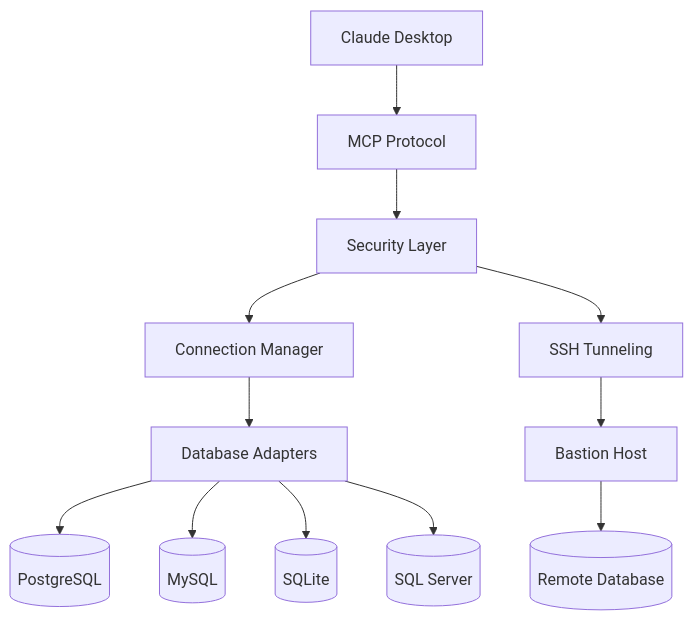
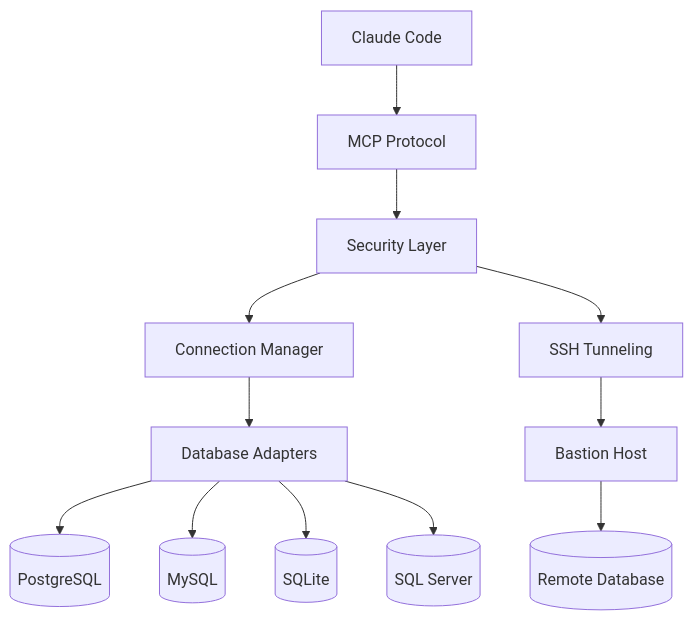
The diagram in README.md (AraneaDev/Argos-MCP), drawn with Mermaid before and after one commit. The commit also changed other lines of this file and 105 other files, not shown here.

First line of the commit message:
feat!: rebrand to Argos-MCP and adopt native Claude Code registration

````diff
--- a/README.md
+++ b/README.md
@@ -80,16 +100,16 @@
 ```mermaid
 graph TB
- Claude[Claude Desktop] --> MCP[MCP Protocol]
+ Claude[Claude Code] --> MCP[MCP Protocol]
  MCP --> Security[Security Layer]
  Security --> Connection[Connection Manager]
  Connection --> Adapters[Database Adapters]
 
  Adapters --> PostgreSQL[(PostgreSQL)]
  Adapters --> MySQL[(MySQL)]
  Adapters --> SQLite[(SQLite)]
  Adapters --> MSSQL[(SQL Server)]
 
  Security --> SSH[SSH Tunneling]
  SSH --> Bastion[Bastion Host]
  Bastion --> RemoteDB[(Remote Database)]
 ```
````
